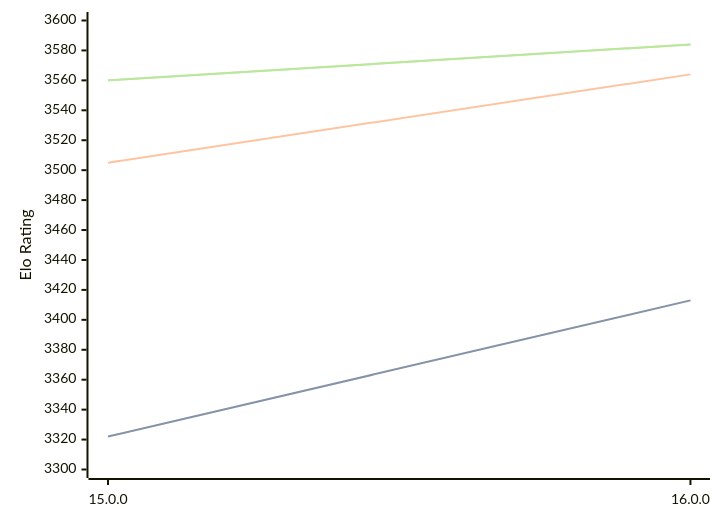
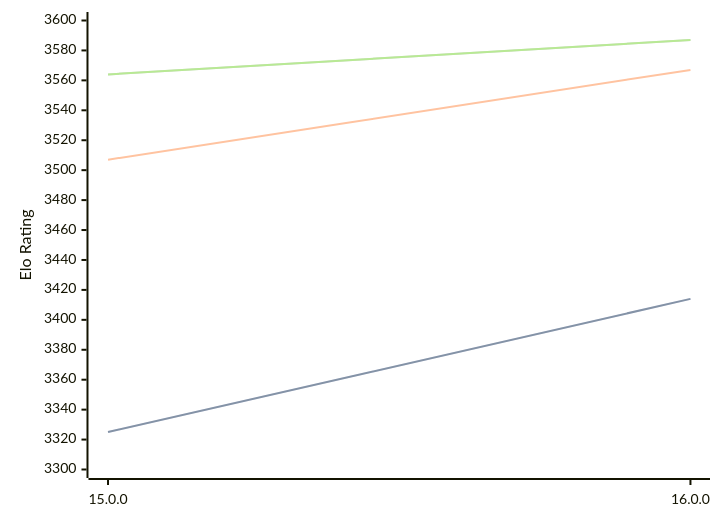
One commit to computer-chess-index/cci changed the diagram in engines/Halogen.md. Above: the diagram before and after it, drawn with Mermaid. The commit also changed other lines of this file, not shown here.

Commit message:
Update CCI Ratings (ELO VLTC) - 2026-02-20

````diff
--- a/engines/Halogen.md
+++ b/engines/Halogen.md
@@ -47,11 +47,11 @@
 ```mermaid
 %%{init: {"theme":"base","themeVariables":{"seriesColors:['#a3a3a3','#222221','#faa371']}}}%%
 xychart-beta
   x-axis ["15.0.0", "16.0.0"]
   y-axis "Elo Rating" 3300 --> 3600
-  line "STC (8.0+0.08s)" [3322, 3413]
-  line "STC (8.0+0.08s)" [3322, 3413]
-  line "LTC (60.0+0.60s)" [3505, 3564]
-  line "VLTC (2m24s+1.12s)" [3560, 3584]
-  line "VLTC (2m24s+1.12s)" [3560, 3584]
+  line "STC (8.0+0.08s)" [3325, 3414]
+  line "STC (8.0+0.08s)" [3325, 3414]
+  line "LTC (60.0+0.60s)" [3507, 3567]
+  line "VLTC (2m24s+1.12s)" [3564, 3587]
+  line "VLTC (2m24s+1.12s)" [3564, 3587]
 ```
````
